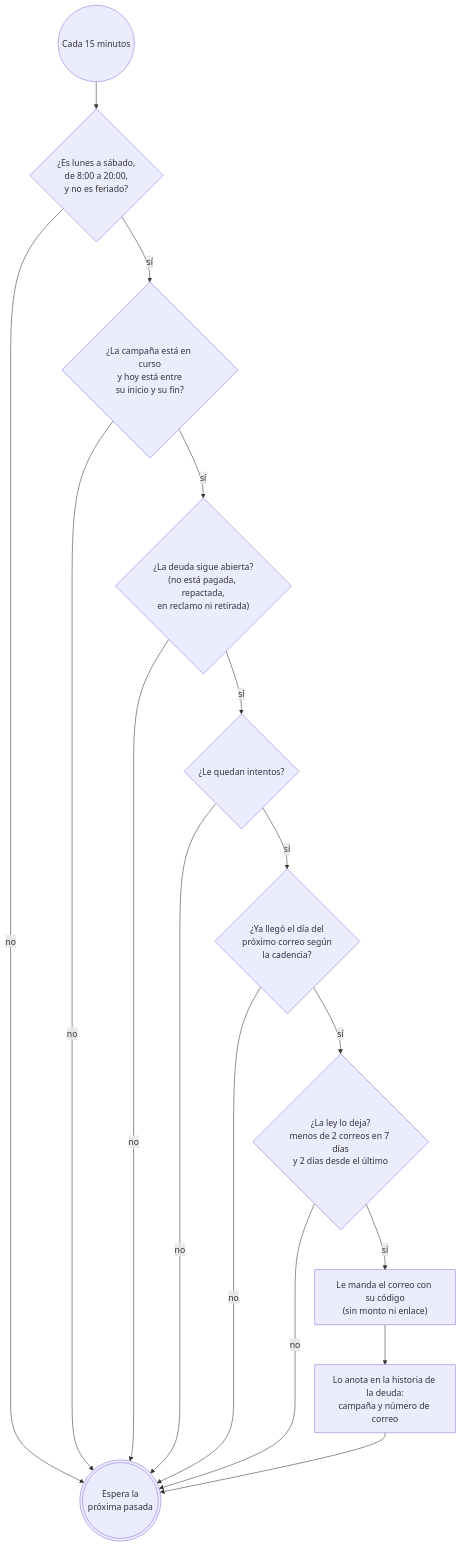
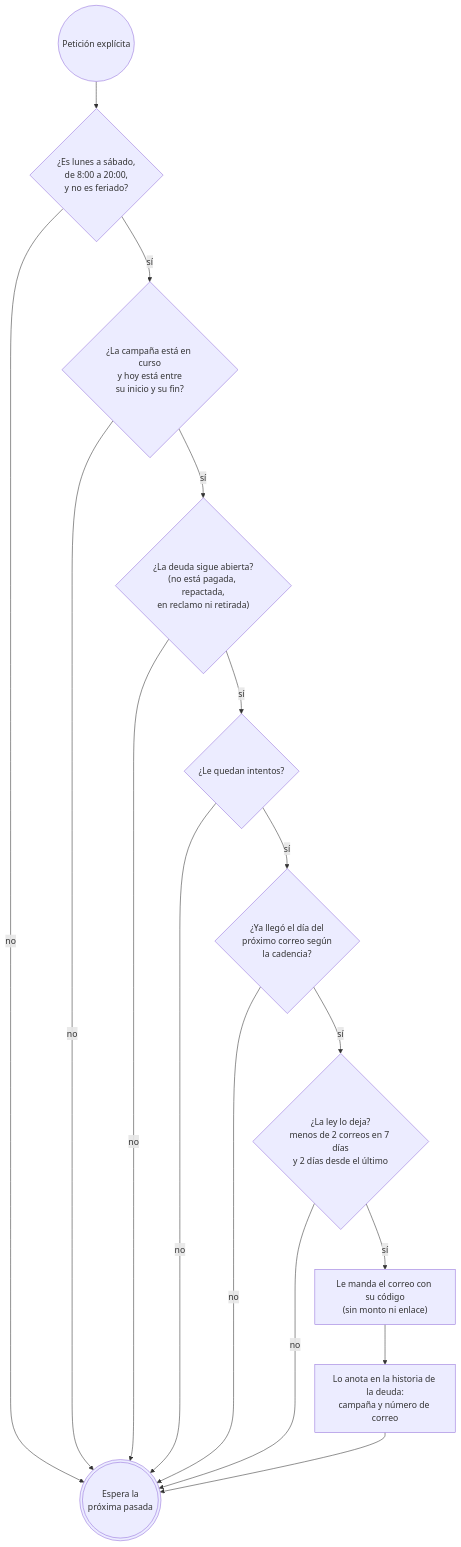
One commit to TechnicalBridge/DataBridge changed the third of 4 diagrams in docs/diagramas/procesos.md. Above: the diagram before and after it, drawn with Mermaid. The commit also changed other lines of this file and 63 other files, not shown here.

````diff
--- a/docs/diagramas/procesos.md
+++ b/docs/diagramas/procesos.md
@@ -125,18 +123,18 @@
 ```mermaid
 flowchart TD
-    I(("Cada 15 minutos")) --> H{"¿Es lunes a sábado,<br/>de 8:00 a 20:00,<br/>y no es feriado?"}
+    I(("Petición explícita")) --> H{"¿Es lunes a sábado,<br/>de 8:00 a 20:00,<br/>y no es feriado?"}
     H -->|no| F((("Espera la<br/>próxima pasada")))
     H -->|sí| C{"¿La campaña está en curso<br/>y hoy está entre<br/>su inicio y su fin?"}
     C -->|no| F
     C -->|sí| D{"¿La deuda sigue abierta?<br/>(no está pagada, repactada,<br/>en reclamo ni retirada)"}
     D -->|no| F
     D -->|sí| N{"¿Le quedan intentos?"}
     N -->|no| F
     N -->|sí| T{"¿Ya llegó el día del<br/>próximo correo según<br/>la cadencia?"}
     T -->|no| F
     T -->|sí| L{"¿La ley lo deja?<br/>menos de 2 correos en 7 días<br/>y 2 días desde el último"}
     L -->|no| F
     L -->|sí| E["Le manda el correo con su código<br/>(sin monto ni enlace)"]
     E --> R["Lo anota en la historia de la deuda:<br/>campaña y número de correo"]
     R --> F
 ```
````
